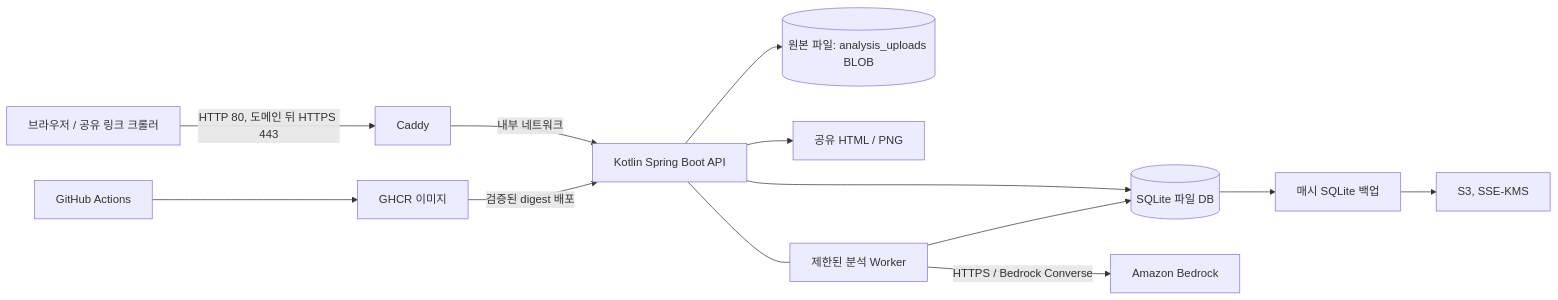
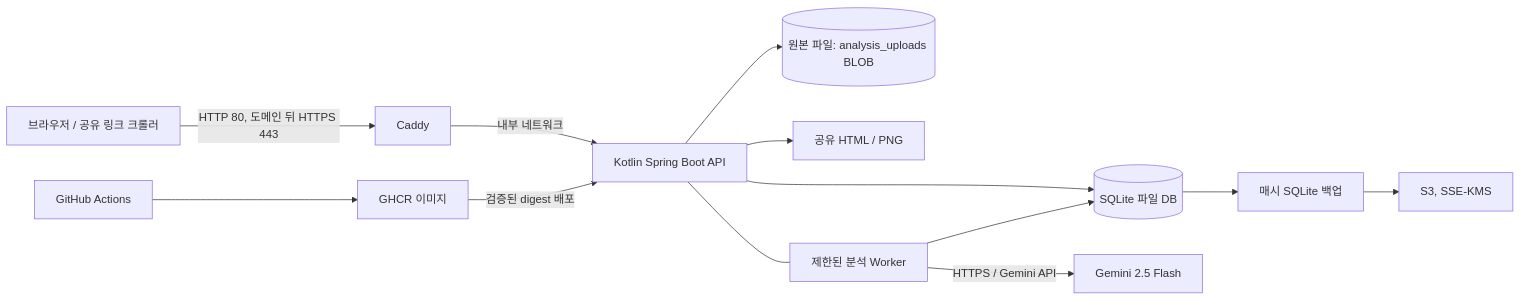
The diagram in backend/docs/system-architecture.md (yooni9ue/santacut), drawn with Mermaid before and after one commit. The commit also changed other lines of this file and 7 other files, not shown here.

````diff
--- a/backend/docs/system-architecture.md
+++ b/backend/docs/system-architecture.md
@@ -28,15 +28,15 @@
 ```mermaid
 flowchart LR
   U[브라우저 / 공유 링크 크롤러] -->|HTTP 80, 도메인 뒤 HTTPS 443| C[Caddy]
   C -->|내부 네트워크| A[Kotlin Spring Boot API]
   A --> P[(SQLite 파일 DB)]
   A --> V[(원본 파일: analysis_uploads BLOB)]
   A --> G[공유 HTML / PNG]
   W[제한된 분석 Worker] --> P
-  W -->|HTTPS / Bedrock Converse| AI[Amazon Bedrock]
+  W -->|HTTPS / Gemini API| AI[Gemini 2.5 Flash]
   A --- W
   P --> B[매시 SQLite 백업]
   B --> O[S3, SSE-KMS]
   GH[GitHub Actions] --> R[GHCR 이미지]
   R -->|검증된 digest 배포| A
 ```
````
